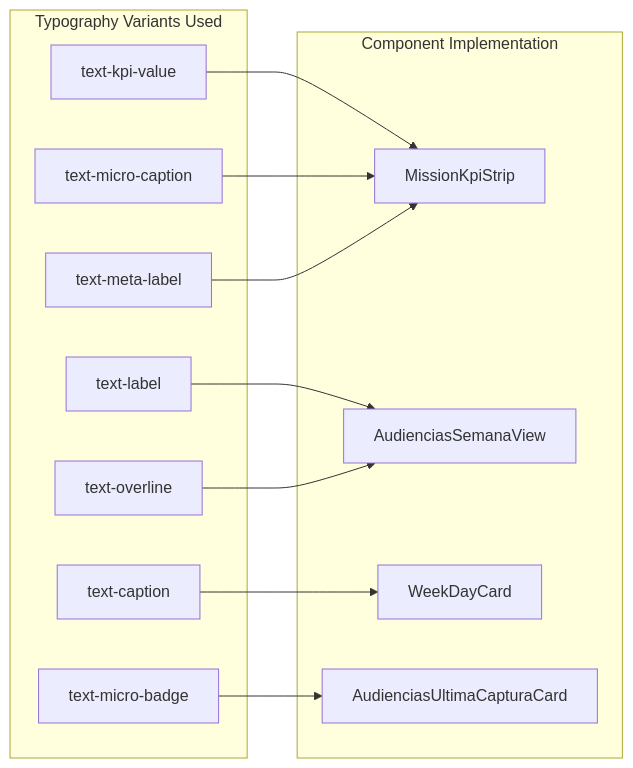
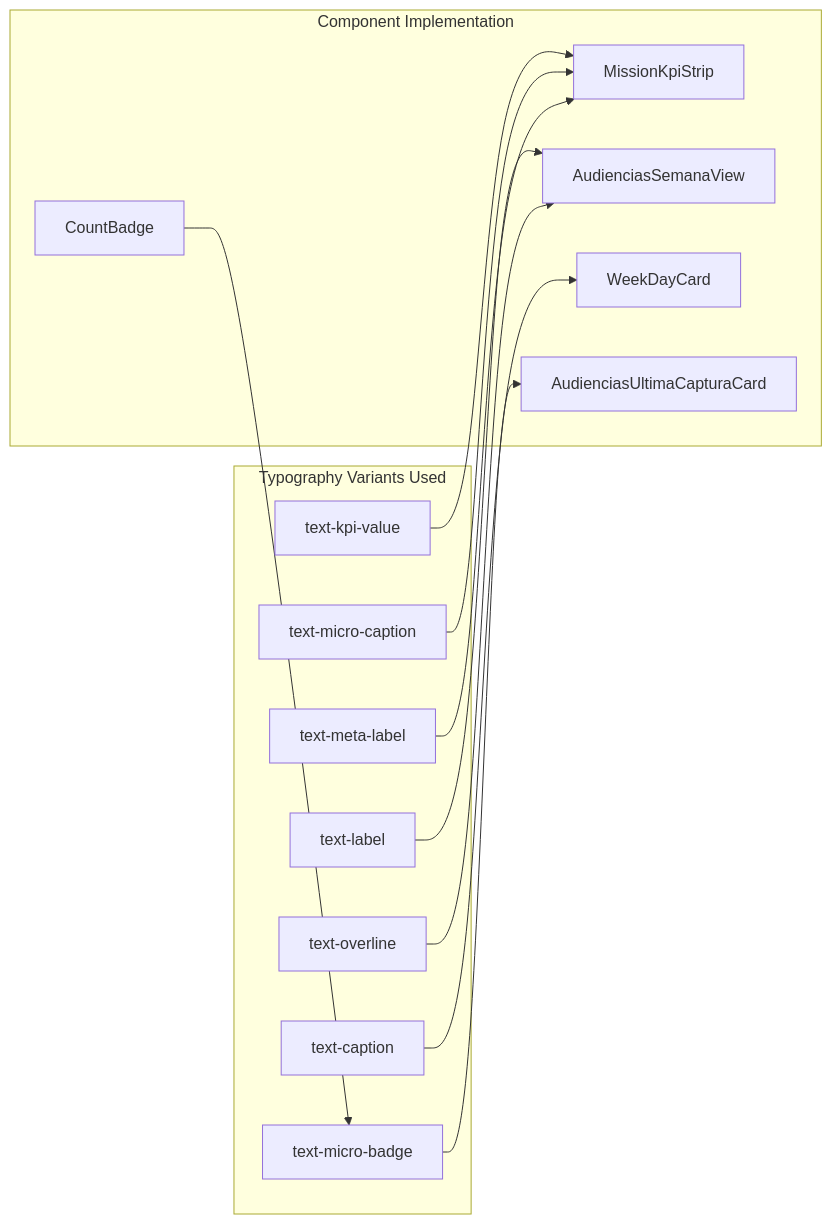
Before and after one commit to SinesysTech/zattar-os: diagram 13 of 20 in .qoder/repowiki/en/content/Audiência Management.md, drawn with Mermaid. The commit also changed other lines of this file and 4 other files, not shown here.

````diff
--- a/.qoder/repowiki/en/content/Audiência Management.md
+++ b/.qoder/repowiki/en/content/Audiência Management.md
@@ -626,25 +688,27 @@
 ```mermaid
 flowchart LR
 subgraph "Typography Variants Used"
 TV1[text-kpi-value]
 TV2[text-label]
 TV3[text-caption]
 TV4[text-micro-caption]
 TV5[text-overline]
 TV6[text-meta-label]
 TV7[text-micro-badge]
 end
 subgraph "Component Implementation"
 MK1[MissionKpiStrip]
 ASV1[AudienciasSemanaView]
 WDC1[WeekDayCard]
 AC1[AudienciasUltimaCapturaCard]
+CB1[CountBadge]
 end
 TV1 --> MK1
 TV2 --> ASV1
 TV3 --> WDC1
 TV4 --> MK1
 TV5 --> ASV1
 TV6 --> MK1
 TV7 --> AC1
+CB1 --> TV7
 ```
````
